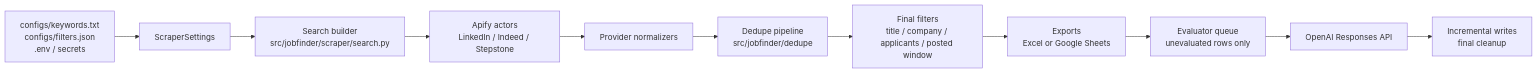
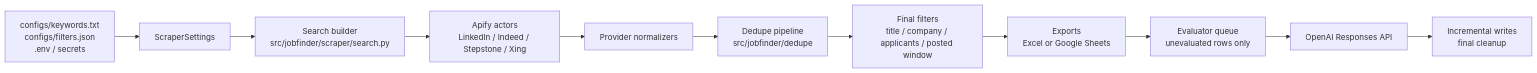
Before and after one commit to AmirDonyadide/JobFinder: the diagram in README.md, drawn with Mermaid. The commit also changed other lines of this file and 24 other files, not shown here.

````diff
--- a/README.md
+++ b/README.md
@@ -53,13 +53,13 @@
 ```mermaid
 flowchart LR
     A["configs/keywords.txt<br/>configs/filters.json<br/>.env / secrets"] --> B["ScraperSettings"]
     B --> C["Search builder<br/>src/jobfinder/scraper/search.py"]
-    C --> D["Apify actors<br/>LinkedIn / Indeed / Stepstone"]
+    C --> D["Apify actors<br/>LinkedIn / Indeed / Stepstone / Xing"]
     D --> E["Provider normalizers"]
     E --> F["Dedupe pipeline<br/>src/jobfinder/dedupe"]
     F --> G["Final filters<br/>title / company / applicants / posted window"]
     G --> H["Exports<br/>Excel or Google Sheets"]
     H --> I["Evaluator queue<br/>unevaluated rows only"]
     I --> J["OpenAI Responses API"]
     J --> K["Incremental writes<br/>final cleanup"]
 ```
````
